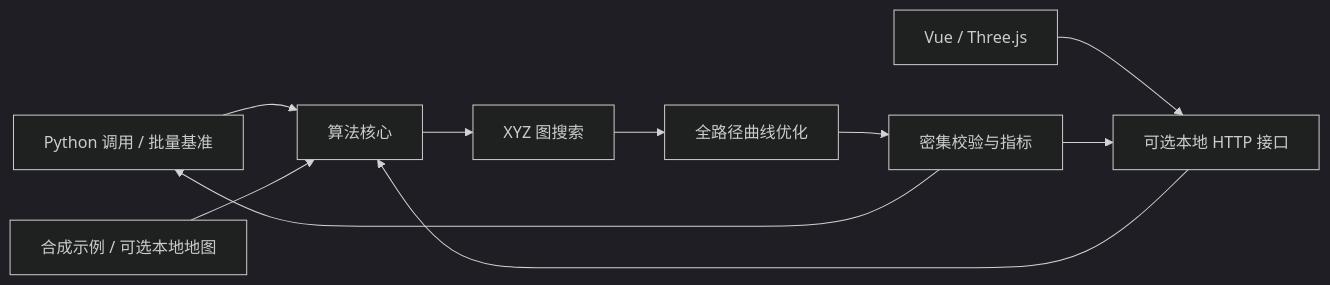
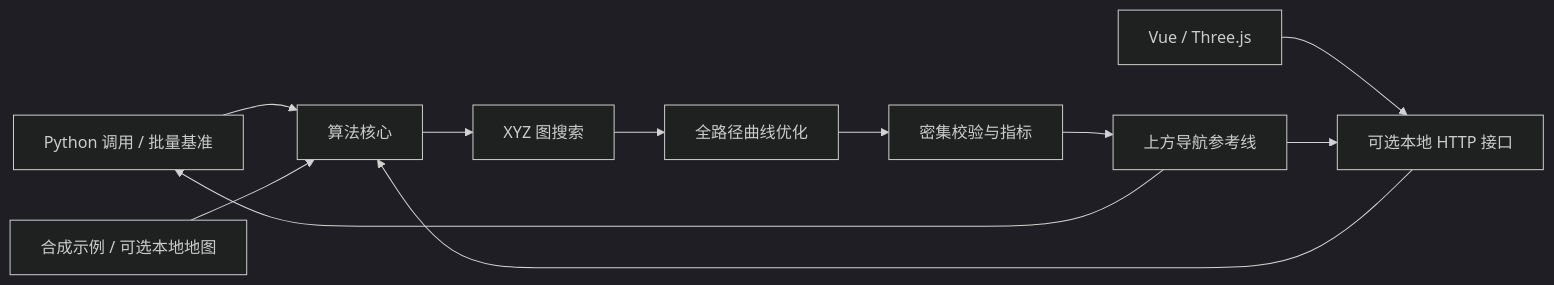
Before and after one commit to deng-weihong/terrain-path-planner: the diagram in docs/architecture.md, drawn with Mermaid (dark theme). The commit also changed other lines of this file and 29 other files, not shown here.

````diff
--- a/docs/architecture.md
+++ b/docs/architecture.md
@@ -9,12 +9,13 @@
 ```mermaid
 flowchart LR
     Python[Python 调用 / 批量基准] --> Core[算法核心]
     Browser[Vue / Three.js] --> API[可选本地 HTTP 接口]
     API --> Core
     Scenes[合成示例 / 可选本地地图] --> Core
     Core --> Search[XYZ 图搜索]
     Search --> Smooth[全路径曲线优化]
     Smooth --> Validate[密集校验与指标]
-    Validate --> Python
-    Validate --> API
+    Validate --> Elevated[上方导航参考线]
+    Elevated --> Python
+    Elevated --> API
 ```
````
